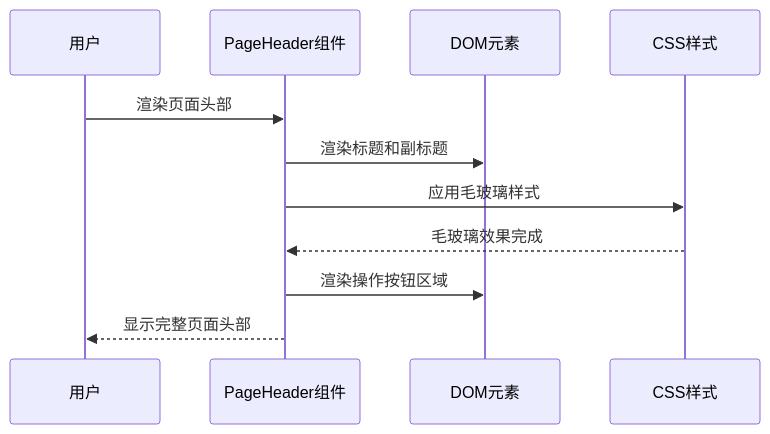
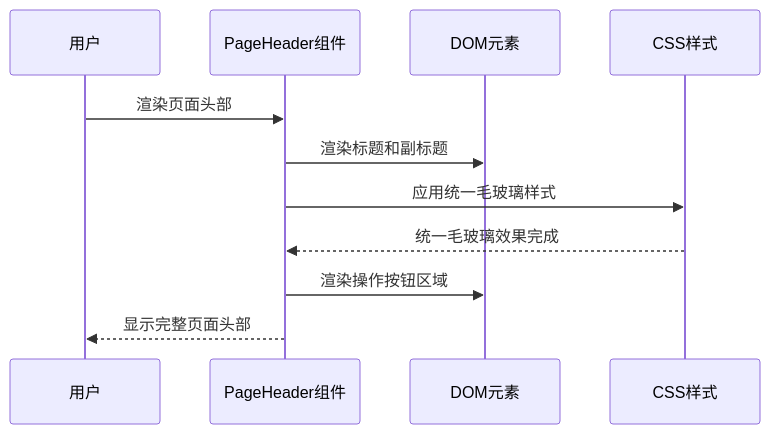
Before and after one commit to RadiumAg/AIGate: the fifth of 10 diagrams in .qoder/repowiki/zh/content/前端组件/Apple Liquid Glass UI组件系统.md, drawn with Mermaid. The commit also changed other lines of this file and 2 other files, not shown here.

First line of the commit message:
docs(dashboard): 更新企业级仪表板系统文档及区域热力图优化

````diff
--- a/.qoder/repowiki/zh/content/前端组件/Apple Liquid Glass UI组件系统.md
+++ b/.qoder/repowiki/zh/content/前端组件/Apple Liquid Glass UI组件系统.md
@@ -439,13 +469,13 @@
 ```mermaid
 sequenceDiagram
 participant U as 用户
 participant PH as PageHeader组件
 participant DOM as DOM元素
 participant CSS as CSS样式
 U->>PH : 渲染页面头部
 PH->>DOM : 渲染标题和副标题
-PH->>CSS : 应用毛玻璃样式
-CSS-->>PH : 毛玻璃效果完成
+PH->>CSS : 应用统一毛玻璃样式
+CSS-->>PH : 统一毛玻璃效果完成
 PH->>DOM : 渲染操作按钮区域
 PH-->>U : 显示完整页面头部
 ```
````
